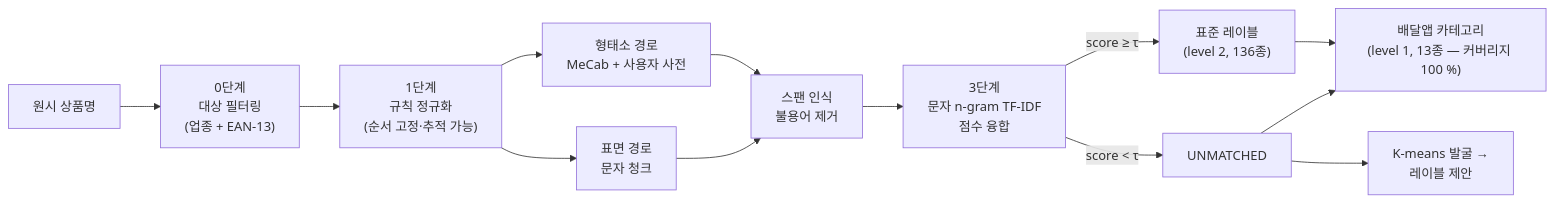
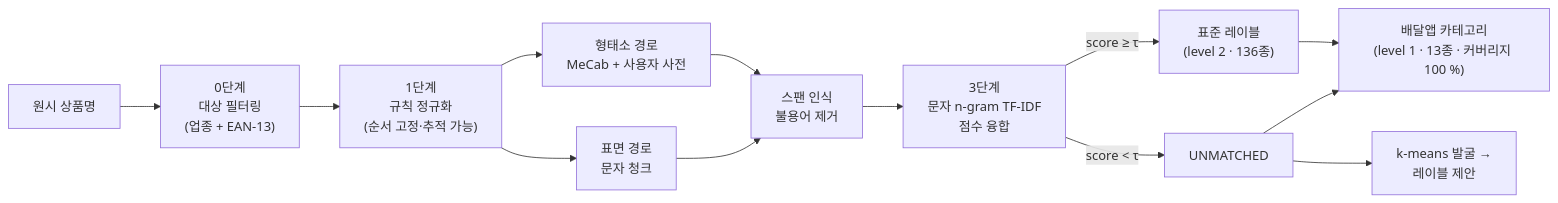
The diagram in README.ko.md (pmy02/Menunorm), drawn with Mermaid before and after one commit. The commit also changed other lines of this file and 18 other files, not shown here.

````diff
--- a/README.ko.md
+++ b/README.ko.md
@@ -55,15 +151,15 @@
 ```mermaid
 flowchart LR
     A[원시 상품명] --> B["0단계<br/>대상 필터링<br/>(업종 + EAN-13)"]
     B --> C["1단계<br/>규칙 정규화<br/>(순서 고정·추적 가능)"]
     C --> D1["형태소 경로<br/>MeCab + 사용자 사전"]
     C --> D2["표면 경로<br/>문자 청크"]
     D1 --> E["스팬 인식<br/>불용어 제거"]
     D2 --> E
     E --> F["3단계<br/>문자 n-gram TF-IDF<br/>점수 융합"]
-    F -->|"score ≥ τ"| G["표준 레이블<br/>(level 2, 136종)"]
+    F -->|"score ≥ τ"| G["표준 레이블<br/>(level 2 · 136종)"]
     F -->|"score < τ"| H[UNMATCHED]
-    G --> J["배달앱 카테고리<br/>(level 1, 13종 — 커버리지 100 %)"]
+    G --> J["배달앱 카테고리<br/>(level 1 · 13종 · 커버리지 100 %)"]
     H --> J
-    H --> I["K-means 발굴 →<br/>레이블 제안"]
+    H --> I["k-means 발굴 →<br/>레이블 제안"]
 ```
````
